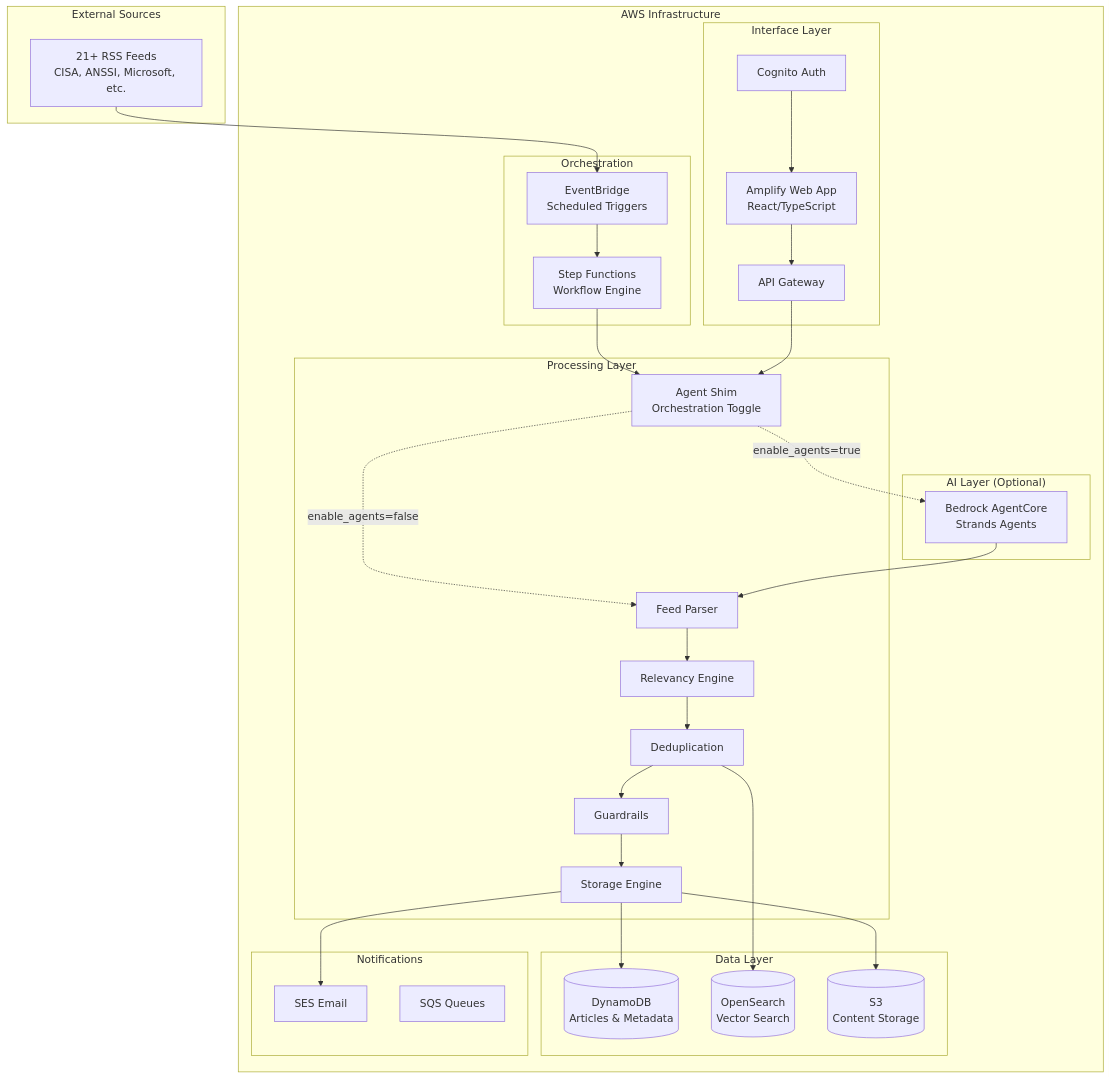
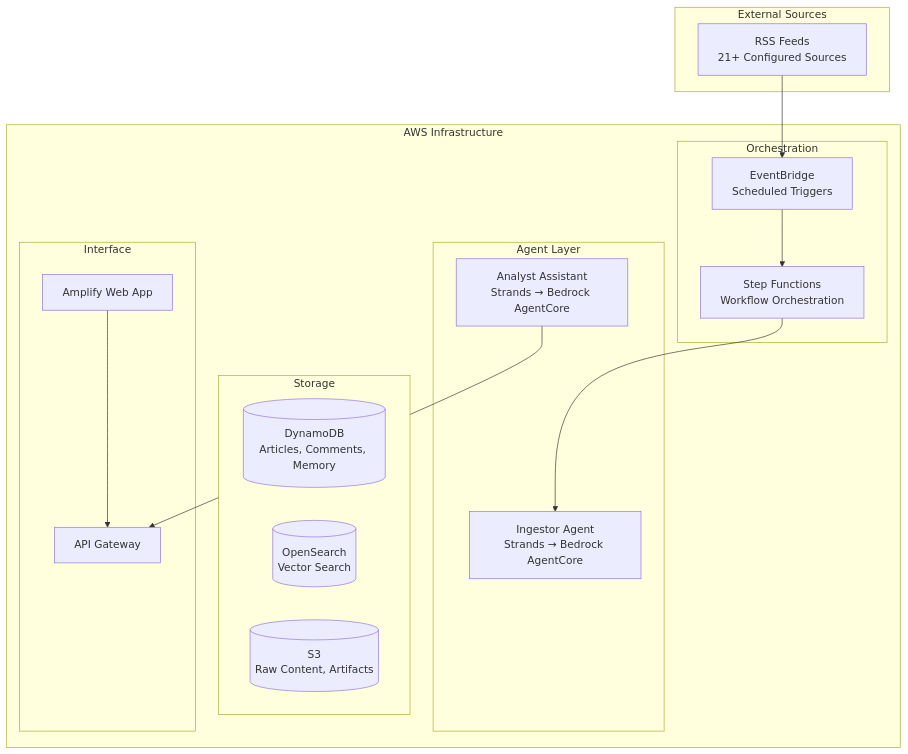
One commit to Virgo-Alpha/Sentinel changed the diagram in README.md. Above: the diagram before and after it, drawn with Mermaid. The commit also changed other lines of this file and 46 other files, not shown here.

````diff
--- a/README.md
+++ b/README.md
@@ -20,57 +7,35 @@
 ```mermaid
 graph TB
     subgraph "External Sources"
-        RSS[21+ RSS Feeds<br/>CISA, ANSSI, Microsoft, etc.]
+        RSS[RSS Feeds<br/>21+ Configured Sources]
     end
     
     subgraph "AWS Infrastructure"
         subgraph "Orchestration"
             EB[EventBridge<br/>Scheduled Triggers]
-            SF[Step Functions<br/>Workflow Engine]
+            SF[Step Functions<br/>Workflow Orchestration]
         end
         
-        subgraph "Processing Layer"
-            AS[Agent Shim<br/>Orchestration Toggle]
-            FP[Feed Parser]
-            RE[Relevancy Engine]
-            DD[Deduplication]
-            GR[Guardrails]
-            ST[Storage Engine]
+        subgraph "Agent Layer"
+            IA[Ingestor Agent<br/>Strands → Bedrock AgentCore]
+            AA[Analyst Assistant<br/>Strands → Bedrock AgentCore]
         end
         
-        subgraph "AI Layer (Optional)"
-            BC[Bedrock AgentCore<br/>Strands Agents]
+        subgraph "Storage"
+            DDB[(DynamoDB<br/>Articles, Comments, Memory)]
+            OS[(OpenSearch<br/>Vector Search)]
+            S3[(S3<br/>Raw Content, Artifacts)]
         end
         
-        subgraph "Data Layer"
-            DDB[(DynamoDB<br/>Articles & Metadata)]
-            OS[(OpenSearch<br/>Vector Search)]
-            S3[(S3<br/>Content Storage)]
-        end
-        
-        subgraph "Interface Layer"
-            AMP[Amplify Web App<br/>React/TypeScript]
-            COG[Cognito Auth]
+        subgraph "Interface"
+            AMP[Amplify Web App]
             API[API Gateway]
-        end
-        
-        subgraph "Notifications"
-            SES[SES Email]
-            SQS[SQS Queues]
         end
     end
     
     RSS --> EB
     EB --> SF
-    SF --> AS
-    AS -.->|enable_agents=false| FP
-    AS -.->|enable_agents=true| BC
-    BC --> FP
-    FP --> RE --> DD --> GR --> ST
-    ST --> DDB
-    DD --> OS
-    ST --> S3
-    AMP --> API --> AS
-    COG --> AMP
-    ST --> SES
+    SF --> IA
+    AA --> API
+    AMP --> API
 ```
````
